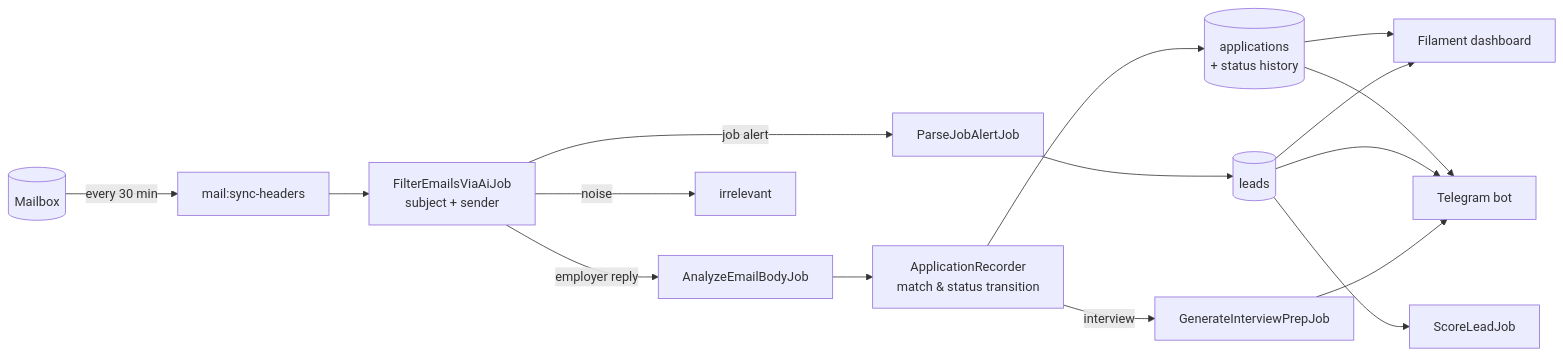
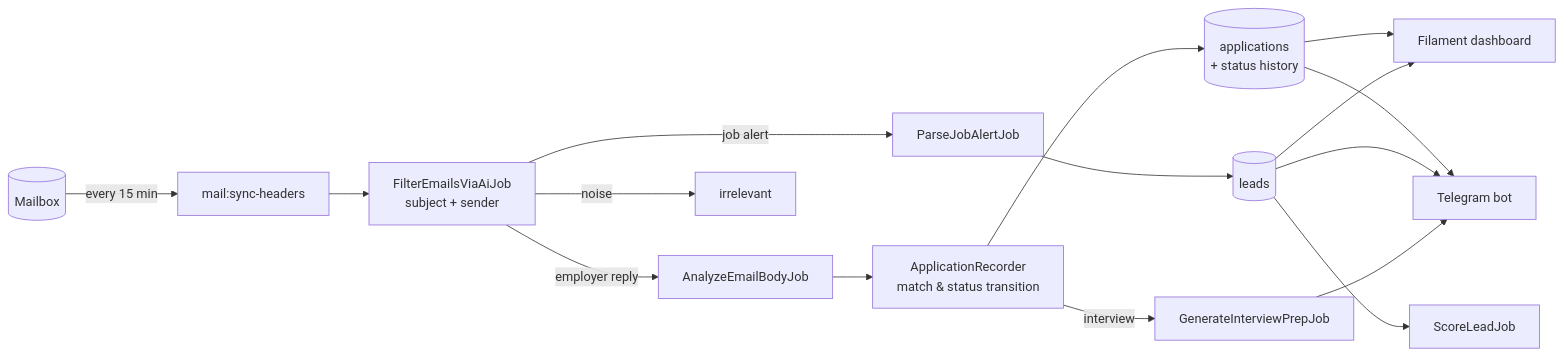
The diagram in README.md (RuslanBaatyrbekov/job-tracker), drawn with Mermaid before and after one commit. The commit also changed other lines of this file and 5 other files, not shown here.

Commit message:
fix(widgets): maintainAspectRatio for charts, telegram retry, sync every 15 min

````diff
--- a/README.md
+++ b/README.md
@@ -46,14 +46,14 @@
 ```mermaid
 flowchart LR
-    IMAP[(Mailbox)] -->|every 30 min| Sync[mail:sync-headers]
+    IMAP[(Mailbox)] -->|every 15 min| Sync[mail:sync-headers]
     Sync --> Filter[FilterEmailsViaAiJob<br/>subject + sender]
     Filter -->|employer reply| Analyze[AnalyzeEmailBodyJob]
     Filter -->|job alert| Parse[ParseJobAlertJob]
     Filter -->|noise| X[irrelevant]
     Analyze --> Recorder[ApplicationRecorder<br/>match & status transition]
     Recorder --> Apps[(applications<br/>+ status history)]
     Recorder -->|interview| Prep[GenerateInterviewPrepJob]
     Parse --> Leads[(leads)] --> Score[ScoreLeadJob]
     Apps & Leads --> UI[Filament dashboard]
     Apps & Leads & Prep --> TG[Telegram bot]
 ```
````
